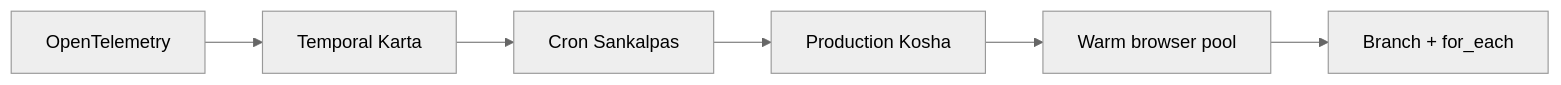
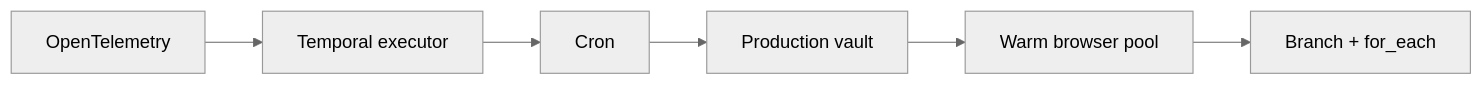
The fourth of 5 diagrams in documentation/src/05-Roadmap.md (so-weak/Aakaar), drawn with Mermaid (neutral theme) before and after one commit. The commit also changed other lines of this file and 23 other files, not shown here.

````diff
--- a/documentation/src/05-Roadmap.md
+++ b/documentation/src/05-Roadmap.md
@@ -152,8 +152,8 @@
 ```mermaid
 flowchart LR
-  P2A["OpenTelemetry"] --> P2B["Temporal Karta"]
-  P2B --> P2C["Cron Sankalpas"]
-  P2C --> P2D["Production Kosha"]
+  P2A["OpenTelemetry"] --> P2B["Temporal executor"]
+  P2B --> P2C["Cron"]
+  P2C --> P2D["Production vault"]
   P2D --> P2E["Warm browser pool"]
   P2E --> P2F["Branch + for_each"]
 ```
````
